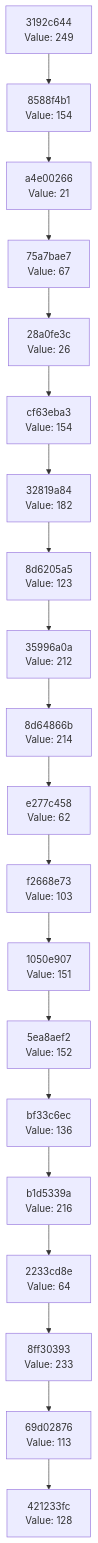
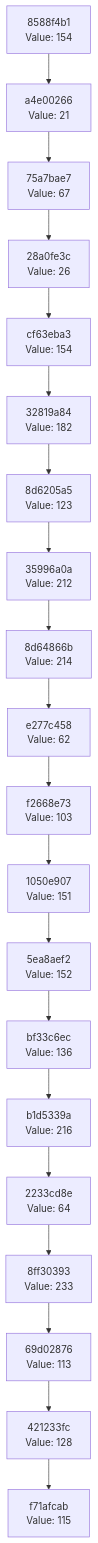
The diagram in docs/CHAIN_VISUALIZATION.md (Abhisheksinha1506/hash-chain-evolver), drawn with Mermaid before and after one commit. The commit also changed 2 other files, not shown here.

Commit message:
Evolution Step

````diff
--- a/docs/CHAIN_VISUALIZATION.md
+++ b/docs/CHAIN_VISUALIZATION.md
@@ -3,42 +3,42 @@
 ```mermaid
 graph TD
-    C0["421233fc<br/>Value: 128"]
-    C1["69d02876<br/>Value: 113"]
+    C0["f71afcab<br/>Value: 115"]
+    C1["421233fc<br/>Value: 128"]
     C1 --> C0
-    C2["8ff30393<br/>Value: 233"]
+    C2["69d02876<br/>Value: 113"]
     C2 --> C1
-    C3["2233cd8e<br/>Value: 64"]
+    C3["8ff30393<br/>Value: 233"]
     C3 --> C2
-    C4["b1d5339a<br/>Value: 216"]
+    C4["2233cd8e<br/>Value: 64"]
     C4 --> C3
-    C5["bf33c6ec<br/>Value: 136"]
+    C5["b1d5339a<br/>Value: 216"]
     C5 --> C4
-    C6["5ea8aef2<br/>Value: 152"]
+    C6["bf33c6ec<br/>Value: 136"]
     C6 --> C5
-    C7["1050e907<br/>Value: 151"]
+    C7["5ea8aef2<br/>Value: 152"]
     C7 --> C6
-    C8["f2668e73<br/>Value: 103"]
+    C8["1050e907<br/>Value: 151"]
     C8 --> C7
-    C9["e277c458<br/>Value: 62"]
+    C9["f2668e73<br/>Value: 103"]
     C9 --> C8
-    C10["8d64866b<br/>Value: 214"]
+    C10["e277c458<br/>Value: 62"]
     C10 --> C9
-    C11["35996a0a<br/>Value: 212"]
+    C11["8d64866b<br/>Value: 214"]
     C11 --> C10
-    C12["8d6205a5<br/>Value: 123"]
+    C12["35996a0a<br/>Value: 212"]
     C12 --> C11
-    C13["32819a84<br/>Value: 182"]
+    C13["8d6205a5<br/>Value: 123"]
     C13 --> C12
-    C14["cf63eba3<br/>Value: 154"]
+    C14["32819a84<br/>Value: 182"]
     C14 --> C13
-    C15["28a0fe3c<br/>Value: 26"]
+    C15["cf63eba3<br/>Value: 154"]
     C15 --> C14
-    C16["75a7bae7<br/>Value: 67"]
+    C16["28a0fe3c<br/>Value: 26"]
     C16 --> C15
-    C17["a4e00266<br/>Value: 21"]
+    C17["75a7bae7<br/>Value: 67"]
     C17 --> C16
-    C18["8588f4b1<br/>Value: 154"]
+    C18["a4e00266<br/>Value: 21"]
     C18 --> C17
-    C19["3192c644<br/>Value: 249"]
+    C19["8588f4b1<br/>Value: 154"]
     C19 --> C18
 ```
````
